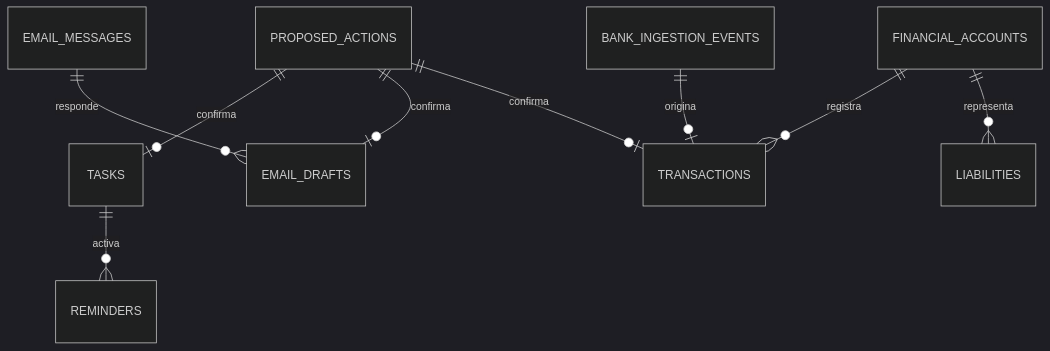
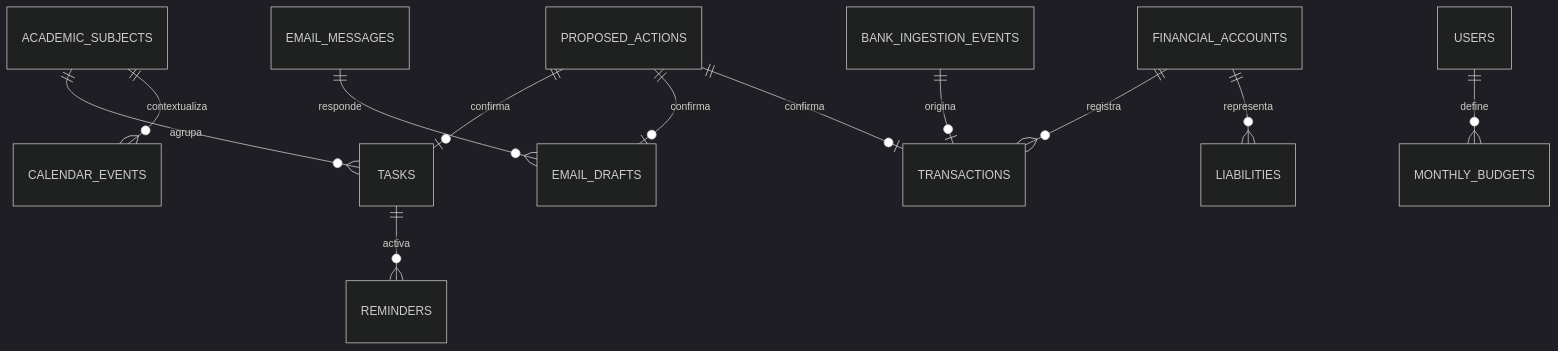
Before and after one commit to Juanes1707/jarvis-AI-assistant: the fourth of 4 diagrams in docs/MULTI_AGENT_BACKEND.md, drawn with Mermaid (dark theme). The commit also changed other lines of this file and 28 other files, not shown here.

````diff
--- a/docs/MULTI_AGENT_BACKEND.md
+++ b/docs/MULTI_AGENT_BACKEND.md
@@ -86,11 +90,14 @@
 ```mermaid
 erDiagram
+    ACADEMIC_SUBJECTS ||--o{ TASKS : agrupa
+    ACADEMIC_SUBJECTS ||--o{ CALENDAR_EVENTS : contextualiza
     TASKS ||--o{ REMINDERS : activa
     EMAIL_MESSAGES ||--o{ EMAIL_DRAFTS : responde
     FINANCIAL_ACCOUNTS ||--o{ TRANSACTIONS : registra
     FINANCIAL_ACCOUNTS ||--o{ LIABILITIES : representa
+    USERS ||--o{ MONTHLY_BUDGETS : define
     BANK_INGESTION_EVENTS ||--o| TRANSACTIONS : origina
     PROPOSED_ACTIONS ||--o| TASKS : confirma
     PROPOSED_ACTIONS ||--o| EMAIL_DRAFTS : confirma
     PROPOSED_ACTIONS ||--o| TRANSACTIONS : confirma
 ```
````
